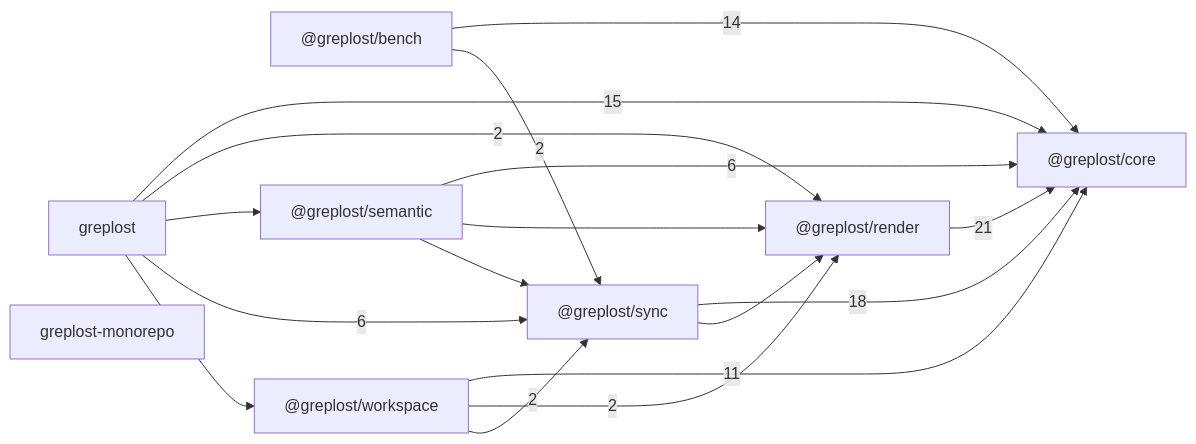
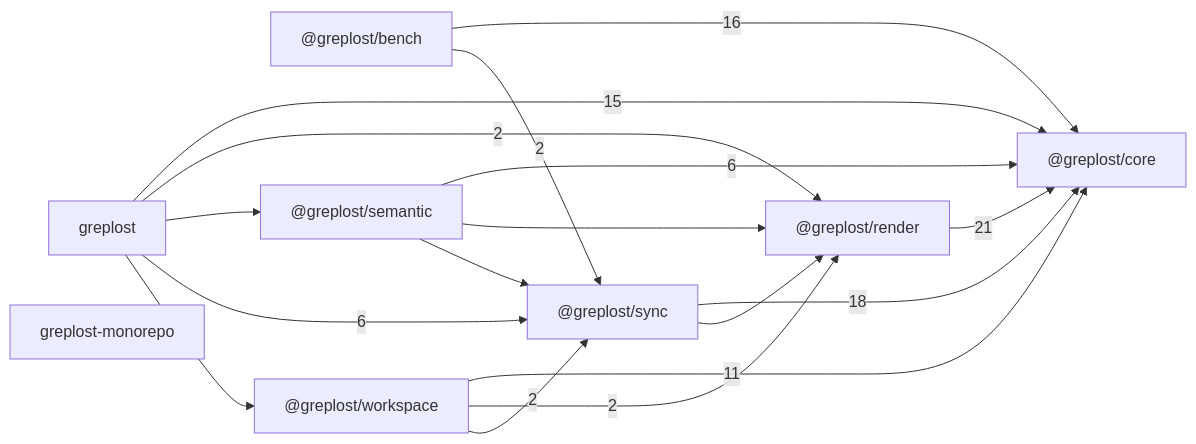
One commit to sns45/greplost changed the diagram in .greplost/repo/MAP.md. Above: the diagram before and after it, drawn with Mermaid. The commit also changed other lines of this file and 17 other files, not shown here.

````diff
--- a/.greplost/repo/MAP.md
+++ b/.greplost/repo/MAP.md
@@ -21,27 +21,27 @@
 ```mermaid
 graph LR
   _greplost_bench["@greplost/bench"]
   _greplost_core["@greplost/core"]
   _greplost_render["@greplost/render"]
   _greplost_semantic["@greplost/semantic"]
   _greplost_sync["@greplost/sync"]
   _greplost_workspace["@greplost/workspace"]
   greplost["greplost"]
   greplost_monorepo["greplost-monorepo"]
-  _greplost_bench -->|14| _greplost_core
+  _greplost_bench -->|16| _greplost_core
   _greplost_bench -->|2| _greplost_sync
   _greplost_render -->|21| _greplost_core
   _greplost_semantic -->|6| _greplost_core
   _greplost_semantic --> _greplost_render
   _greplost_semantic --> _greplost_sync
   _greplost_sync -->|18| _greplost_core
   _greplost_sync --> _greplost_render
   _greplost_workspace -->|11| _greplost_core
   _greplost_workspace -->|2| _greplost_render
   _greplost_workspace -->|2| _greplost_sync
   greplost -->|15| _greplost_core
   greplost -->|2| _greplost_render
   greplost --> _greplost_semantic
   greplost -->|6| _greplost_sync
   greplost --> _greplost_workspace
 ```
````
